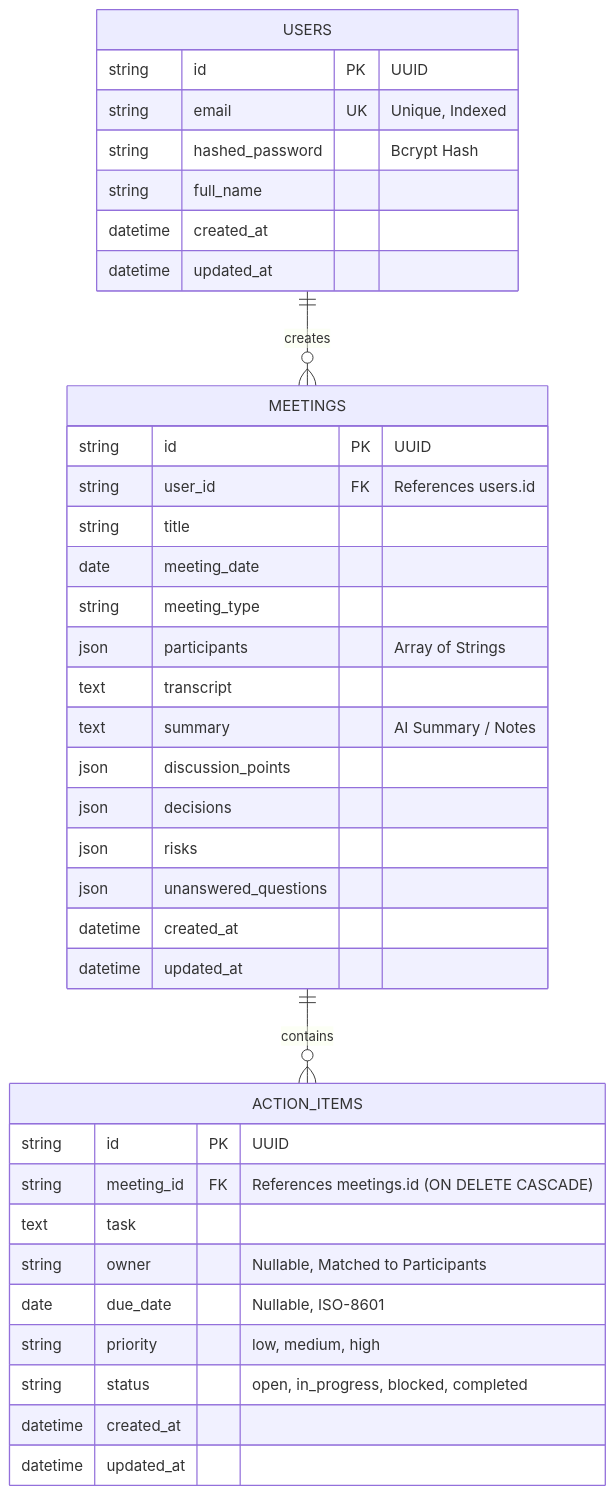
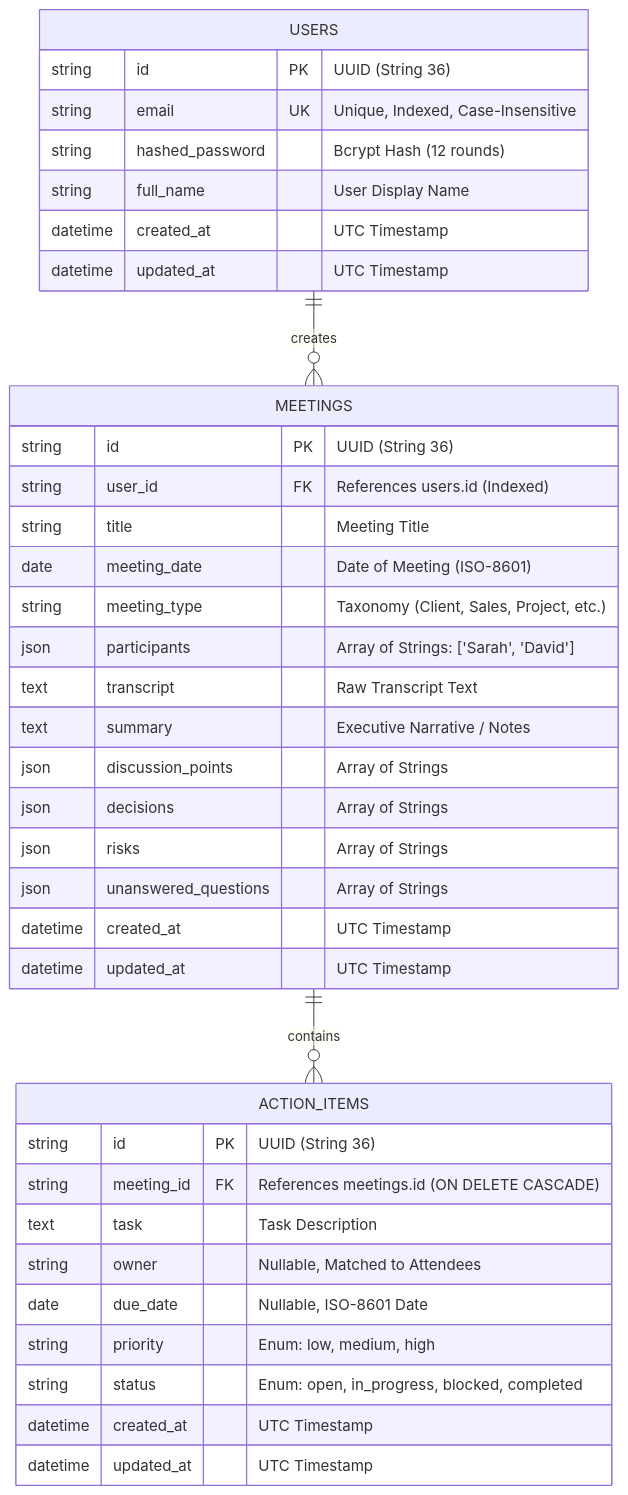
The diagram in README.md (adityagupta27-cpu/MEETINGS), drawn with Mermaid before and after one commit. The commit also changed other lines of this file and 1 other file, not shown here.

Commit message:
docs: enrich README and AI disclosure with Gemini 2.5 Flash, demo credentials, and comprehensive architecture details

````diff
--- a/README.md
+++ b/README.md
@@ -104,43 +148,43 @@
 ```mermaid
 erDiagram
     USERS ||--o{ MEETINGS : creates
     MEETINGS ||--o{ ACTION_ITEMS : contains
 
     USERS {
-        string id PK "UUID"
-        string email UK "Unique, Indexed"
-        string hashed_password "Bcrypt Hash"
-        string full_name
-        datetime created_at
-        datetime updated_at
+        string id PK "UUID (String 36)"
+        string email UK "Unique, Indexed, Case-Insensitive"
+        string hashed_password "Bcrypt Hash (12 rounds)"
+        string full_name "User Display Name"
+        datetime created_at "UTC Timestamp"
+        datetime updated_at "UTC Timestamp"
     }
 
     MEETINGS {
-        string id PK "UUID"
-        string user_id FK "References users.id"
-        string title
-        date meeting_date
-        string meeting_type
-        json participants "Array of Strings"
-        text transcript
-        text summary "AI Summary / Notes"
-        json discussion_points
-        json decisions
-        json risks
-        json unanswered_questions
-        datetime created_at
-        datetime updated_at
+        string id PK "UUID (String 36)"
+        string user_id FK "References users.id (Indexed)"
+        string title "Meeting Title"
+        date meeting_date "Date of Meeting (ISO-8601)"
+        string meeting_type "Taxonomy (Client, Sales, Project, etc.)"
+        json participants "Array of Strings: ['Sarah', 'David']"
+        text transcript "Raw Transcript Text"
+        text summary "Executive Narrative / Notes"
+        json discussion_points "Array of Strings"
+        json decisions "Array of Strings"
+        json risks "Array of Strings"
+        json unanswered_questions "Array of Strings"
+        datetime created_at "UTC Timestamp"
+        datetime updated_at "UTC Timestamp"
     }
 
     ACTION_ITEMS {
-        string id PK "UUID"
+        string id PK "UUID (String 36)"
         string meeting_id FK "References meetings.id (ON DELETE CASCADE)"
-        text task
-        string owner "Nullable, Matched to Participants"
-        date due_date "Nullable, ISO-8601"
-        string priority "low, medium, high"
-        string status "open, in_progress, blocked, completed"
-        datetime created_at
-        datetime updated_at
+        text task "Task Description"
+        string owner "Nullable, Matched to Attendees"
+        date due_date "Nullable, ISO-8601 Date"
+        string priority "Enum: low, medium, high"
+        string status "Enum: open, in_progress, blocked, completed"
+        datetime created_at "UTC Timestamp"
+        datetime updated_at "UTC Timestamp"
     }
 ```
````
